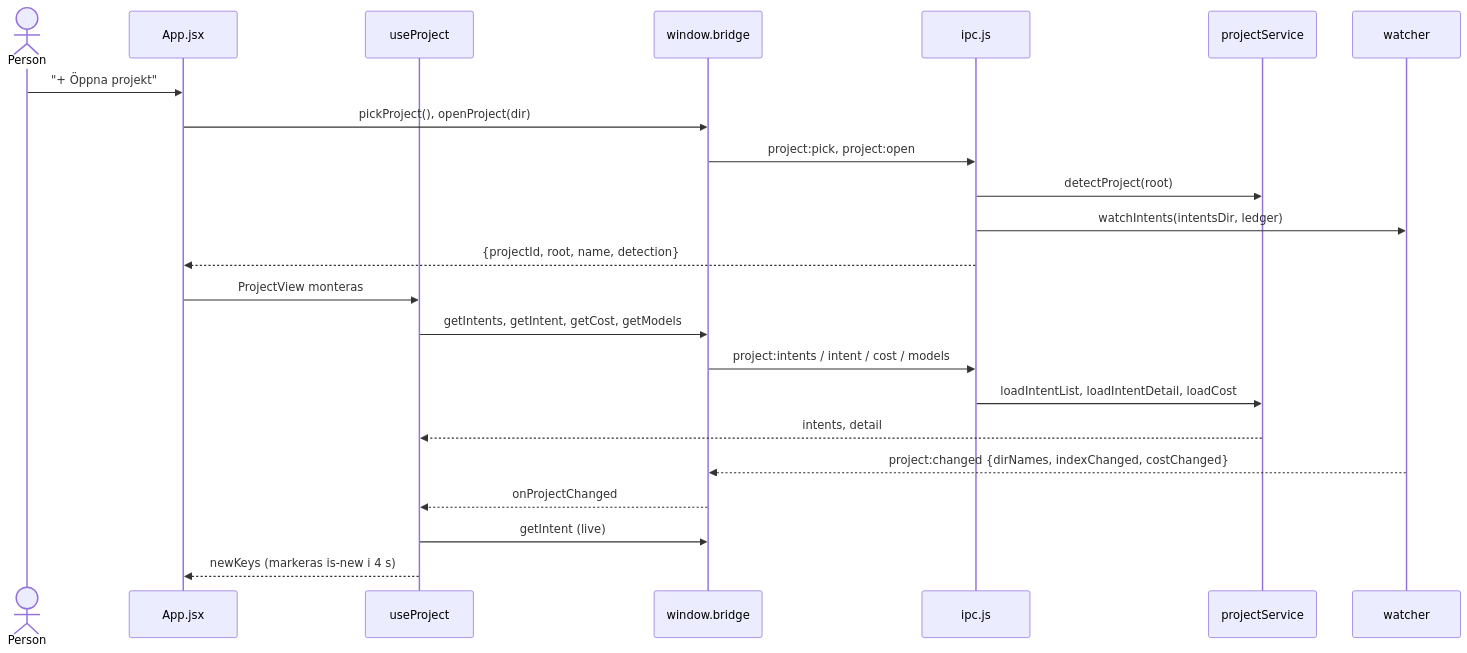
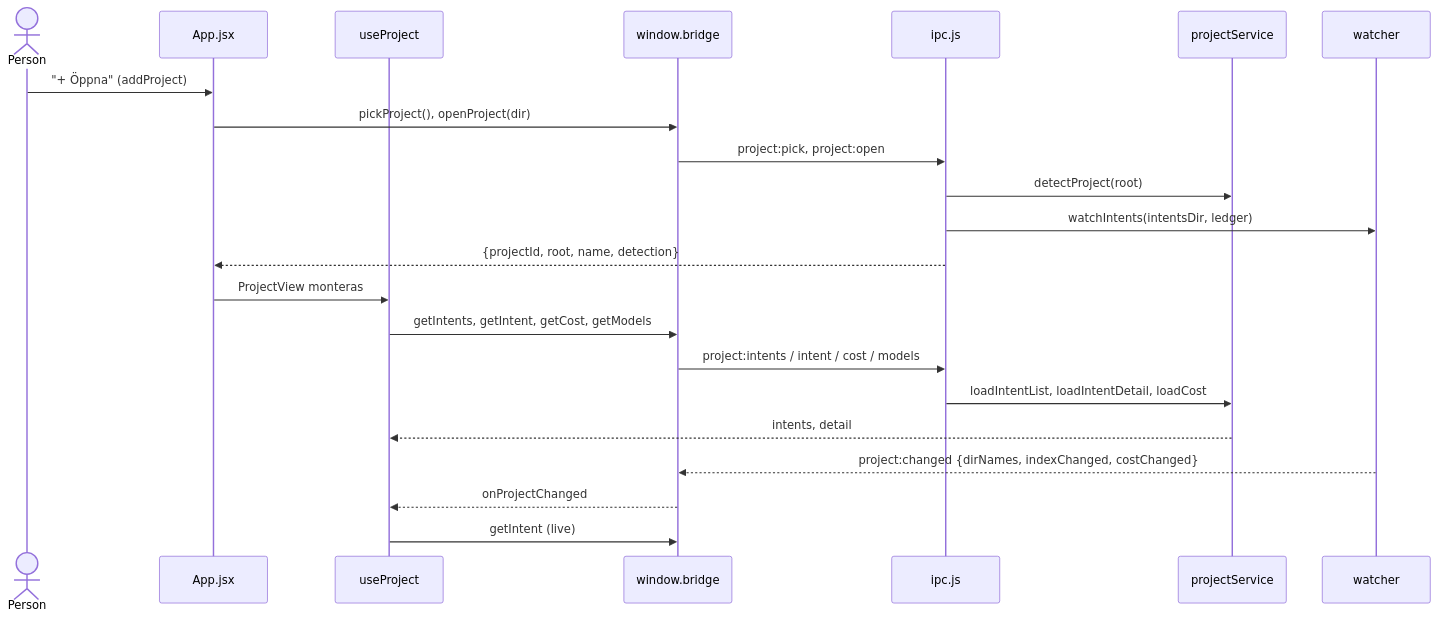
Before and after one commit to tochman/ai-dlc-thadeus: the fourth of 5 diagrams in aidlc/spaces/default/codekb/aidlc-dash/architecture.md, drawn with Mermaid. The commit also changed other lines of this file and 62 other files, not shown here.

````diff
--- a/aidlc/spaces/default/codekb/aidlc-dash/architecture.md
+++ b/aidlc/spaces/default/codekb/aidlc-dash/architecture.md
@@ -109,25 +134,24 @@
 ```mermaid
 sequenceDiagram
   actor Person
   participant App as App.jsx
   participant Hook as useProject
   participant Bridge as window.bridge
   participant IPC as ipc.js
   participant Svc as projectService
   participant Watch as watcher
-  Person->>App: "+ Öppna projekt"
+  Person->>App: "+ Öppna" (addProject)
   App->>Bridge: pickProject(), openProject(dir)
   Bridge->>IPC: project:pick, project:open
   IPC->>Svc: detectProject(root)
   IPC->>Watch: watchIntents(intentsDir, ledger)
   IPC-->>App: {projectId, root, name, detection}
   App->>Hook: ProjectView monteras
   Hook->>Bridge: getIntents, getIntent, getCost, getModels
   Bridge->>IPC: project:intents / intent / cost / models
   IPC->>Svc: loadIntentList, loadIntentDetail, loadCost
   Svc-->>Hook: intents, detail
   Watch-->>Bridge: project:changed {dirNames, indexChanged, costChanged}
   Bridge-->>Hook: onProjectChanged
   Hook->>Bridge: getIntent (live)
-  Hook-->>App: newKeys (markeras is-new i 4 s)
 ```
````
